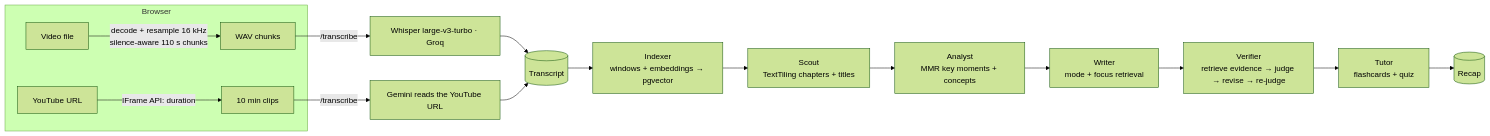
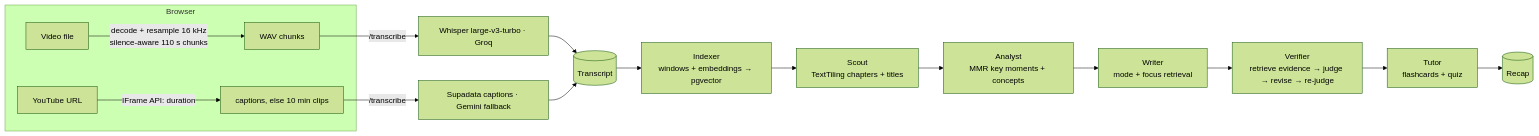
One commit to yacine-svg/recap-ai changed the diagram in README.md. Above: the diagram before and after it, drawn with Mermaid (forest theme). The commit also changed other lines of this file and 6 other files, not shown here.

First line of the commit message:
YouTube via captions: Supadata API with YouTube's caption track as backup

````diff
--- a/README.md
+++ b/README.md
@@ -20,17 +20,17 @@
 ```mermaid
 flowchart LR
   subgraph Browser
     F[Video file] -->|decode + resample 16 kHz<br/>silence-aware 110 s chunks| W[WAV chunks]
-    Y[YouTube URL] -->|IFrame API: duration| C[10 min clips]
+    Y[YouTube URL] -->|IFrame API: duration| C[captions, else 10 min clips]
   end
   W -->|/transcribe| G1[Whisper large-v3-turbo · Groq]
-  C -->|/transcribe| G2[Gemini reads the YouTube URL]
+  C -->|/transcribe| G2[Supadata captions · Gemini fallback]
   G1 & G2 --> T[(Transcript)]
   T --> I[Indexer<br/>windows + embeddings → pgvector]
   I --> S[Scout<br/>TextTiling chapters + titles]
   S --> A[Analyst<br/>MMR key moments + concepts]
   A --> Wr[Writer<br/>mode + focus retrieval]
   Wr --> V[Verifier<br/>retrieve evidence → judge → revise → re-judge]
   V --> Tu[Tutor<br/>flashcards + quiz]
   Tu --> R[(Recap)]
 ```
````
